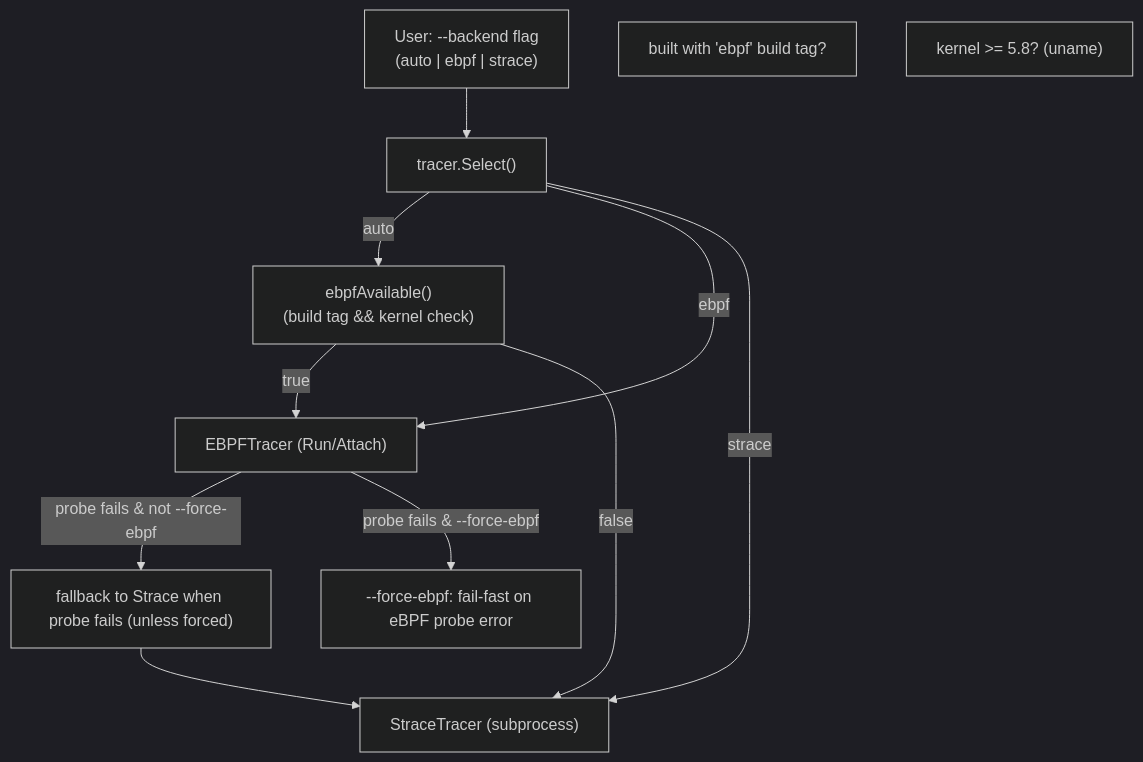
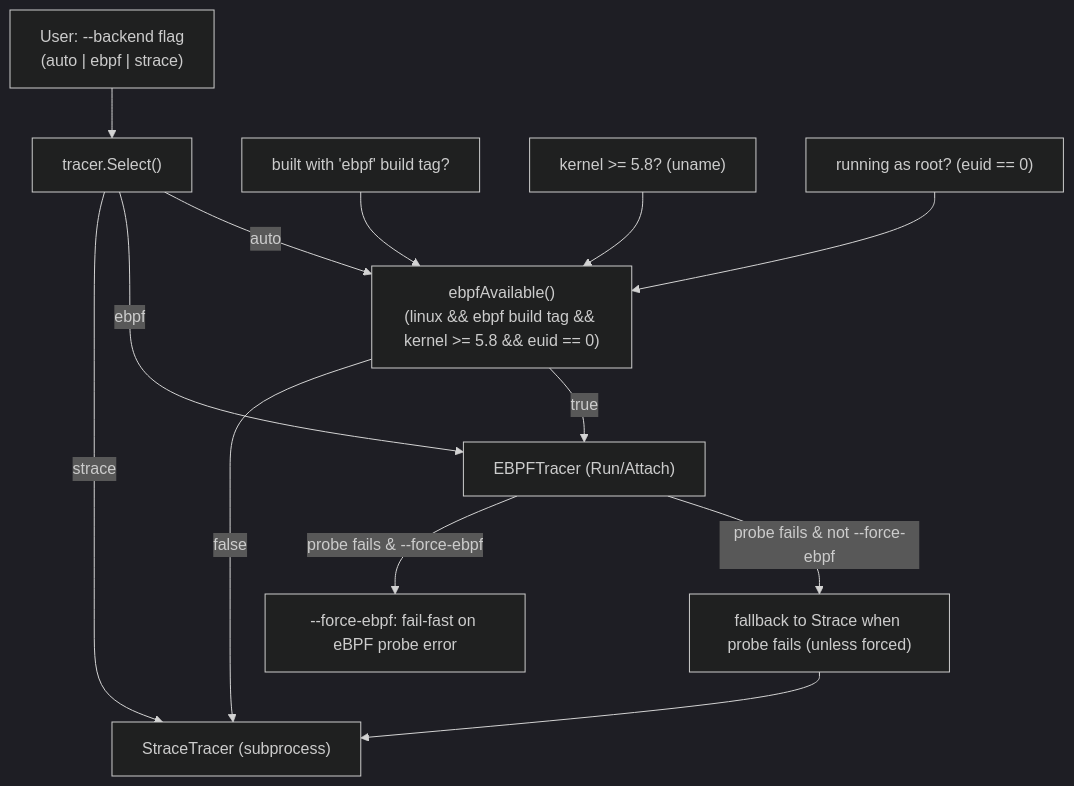
Before and after one commit to fabianoflorentino/stracectl: the diagram in docs/flow_ebpf_selection.md, drawn with Mermaid (dark theme). The commit also changed other lines of this file, not shown here.

Commit message:
docs: fix eBPF backend selection diagram
- ebpfAvailable() has three conditions, not two: linux OS, ebpf build
  tag, kernel >= 5.8, AND euid == 0 (root)
- in auto mode, non-root users always fall back to strace even on
  capable kernels; omitting this condition was misleading
- add explicit ROOT node and update EBPF_AVAIL description to reflect
  all four conditions

````diff
--- a/docs/flow_ebpf_selection.md
+++ b/docs/flow_ebpf_selection.md
@@ -5,23 +5,28 @@
 ```mermaid
 flowchart TD
   USER["User: --backend flag\n(auto | ebpf | strace)"]
   SELECT["tracer.Select()"]
   EBPF_BUILD["built with 'ebpf' build tag?"]
   KERNEL["kernel >= 5.8? (uname)"]
-  EBPF_AVAIL["ebpfAvailable()\n(build tag && kernel check)"]
+  ROOT["running as root? (euid == 0)"]
+  EBPF_AVAIL["ebpfAvailable()\n(linux && ebpf build tag && kernel >= 5.8 && euid == 0)"]
   EB["EBPFTracer (Run/Attach)"]
   ST["StraceTracer (subprocess)"]
   FORCE["--force-ebpf: fail-fast on eBPF probe error"]
   FALLBACK["fallback to Strace when probe fails (unless forced)"]
 
   USER --> SELECT
   SELECT -->|"auto"| EBPF_AVAIL
   SELECT -->|"ebpf"| EB
   SELECT -->|"strace"| ST
 
+  EBPF_BUILD --> EBPF_AVAIL
+  KERNEL --> EBPF_AVAIL
+  ROOT --> EBPF_AVAIL
+
   EBPF_AVAIL -->|"true"| EB
   EBPF_AVAIL -->|"false"| ST
 
   EB -->|"probe fails & not --force-ebpf"| FALLBACK --> ST
   EB -->|"probe fails & --force-ebpf"| FORCE
 ```
````
